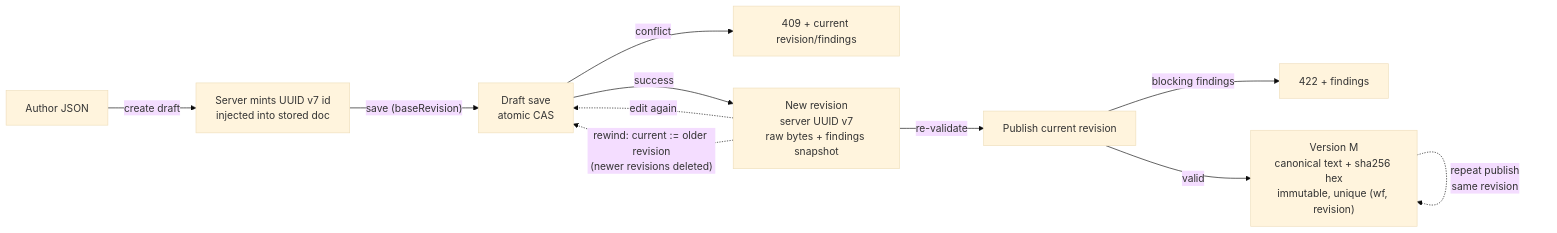
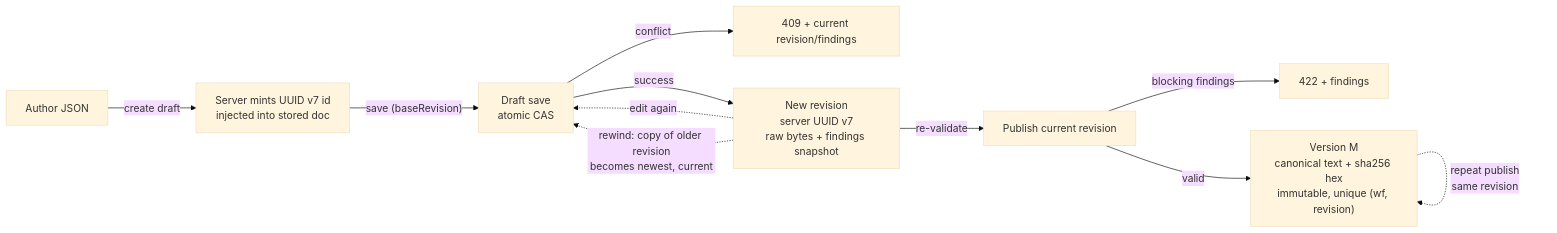
The diagram in docs/decisions/epic-01/e1-s3-draft-publication-lifecycle.md (RostrumAI/rostrum), drawn with Mermaid (base theme) before and after one commit. The commit also changed other lines of this file and 4 other files, not shown here.

Commit message:
E1-07: rewind appends a copy of the target; revisions are never deleted

````diff
--- a/docs/decisions/epic-01/e1-s3-draft-publication-lifecycle.md
+++ b/docs/decisions/epic-01/e1-s3-draft-publication-lifecycle.md
@@ -21,13 +21,13 @@
 ```mermaid
 flowchart LR
     A["Author JSON"] -->|"create draft"| C["Server mints UUID v7 id<br/>injected into stored doc"]
     C -->|"save (baseRevision)"| S["Draft save<br/>atomic CAS"]
     S -->|"conflict"| E409["409 + current revision/findings"]
     S -->|"success"| R["New revision<br/>server UUID v7<br/>raw bytes + findings snapshot"]
     R -->|"re-validate"| P["Publish current revision"]
     P -->|"blocking findings"| E422["422 + findings"]
     P -->|"valid"| V["Version M<br/>canonical text + sha256 hex<br/>immutable, unique (wf, revision)"]
     R -.->|"edit again"| S
-    R -.->|"rewind: current := older revision<br/>(newer revisions deleted)"| S
+    R -.->|"rewind: copy of older revision<br/>becomes newest, current"| S
     V -.->|"repeat publish<br/>same revision"| V
 ```
````
